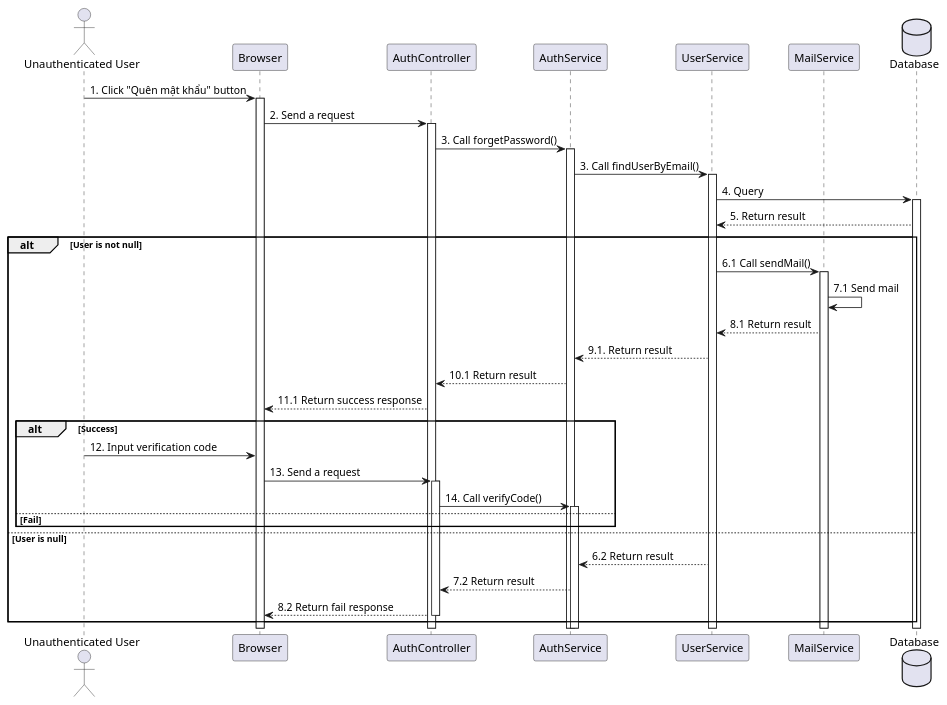
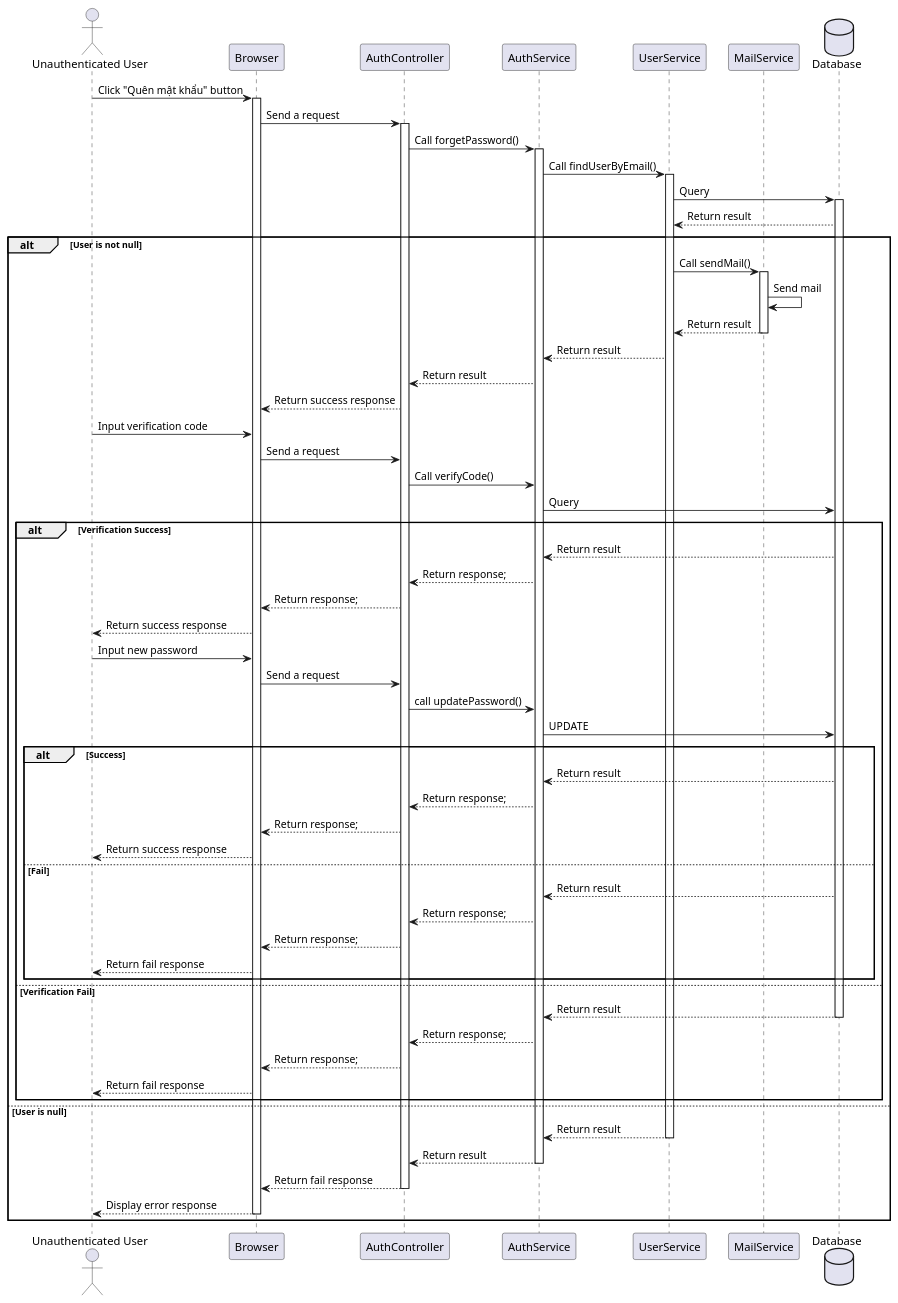
The diagram in docs/unauthenticated_user/sequence/forgotPassword.plantuml (ngthanhtuung/ema-server), drawn with PlantUML before and after one commit. The commit also changed 11 other files, not shown here.

```diff
--- a/docs/unauthenticated_user/sequence/forgotPassword.plantuml
+++ b/docs/unauthenticated_user/sequence/forgotPassword.plantuml
@@ -1,38 +1,61 @@
 @startuml
 
 actor "Unauthenticated User" as Guest
 
 participant Browser as a
 participant AuthController as b
 participant AuthService as c
 participant UserService as d
 participant MailService as e
 database Database as f
 
-Guest -> a++: 1. Click "Quên mật khẩu" button
-a -> b++ : 2. Send a request
-b -> c++: 3. Call forgetPassword()
-c -> d++: 3. Call findUserByEmail()
-d -> f++: 4. Query
-f --> d: 5. Return result
+Guest -> a++: Click "Quên mật khẩu" button
+a -> b++ : Send a request
+b -> c++: Call forgetPassword()
+c -> d++: Call findUserByEmail()
+d -> f++: Query
+f --> d: Return result
 alt User is not null
-    d -> e++: 6.1 Call sendMail()
-    e -> e: 7.1 Send mail
-    e --> d: 8.1 Return result
-    d --> c: 9.1. Return result
-    c --> b: 10.1 Return result
-    b --> a: 11.1 Return success response
+    d -> e++:  Call sendMail()
+    e -> e: Send mail
+    e --> d--: Return result
+    d --> c: Return result
+    c --> b: Return result
+    b --> a: Return success response
+    Guest -> a: Input verification code
+    a -> b: Send a request
+    b -> c: Call verifyCode()
+    c -> f: Query
+    alt Verification Success
+    f --> c: Return result
+    c --> b: Return response;
+    b --> a: Return response;
+    a --> Guest: Return success response     
+    Guest -> a: Input new password
+    a -> b: Send a request
+    b -> c: call updatePassword()
+    c -> f: UPDATE
     alt Success
-        Guest -> a: 12. Input verification code
-        a -> b++: 13. Send a request
-        b -> c++: 14. Call verifyCode()
-        
+    f --> c: Return result
+    c --> b: Return response;
+    b --> a: Return response;
+    a --> Guest: Return success response
     else Fail
+    f --> c: Return result
+    c --> b: Return response;
+    b --> a: Return response;
+    a --> Guest: Return fail response
+    end    
+    else Verification Fail
+    f --> c--: Return result
+    c --> b: Return response;
+    b --> a: Return response;
+    a --> Guest: Return fail response
     end
 else User is null
-    d --> c: 6.2 Return result
-    c --> b: 7.2 Return result
-    b --> a--: 8.2 Return fail response
-    
+    d --> c--: Return result
+    c --> b--: Return result
+    b --> a--: Return fail response
+    a --> Guest--: Display error response
 end
 @enduml
```
